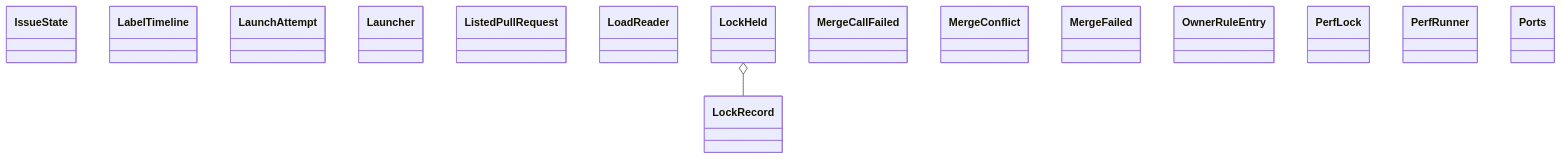
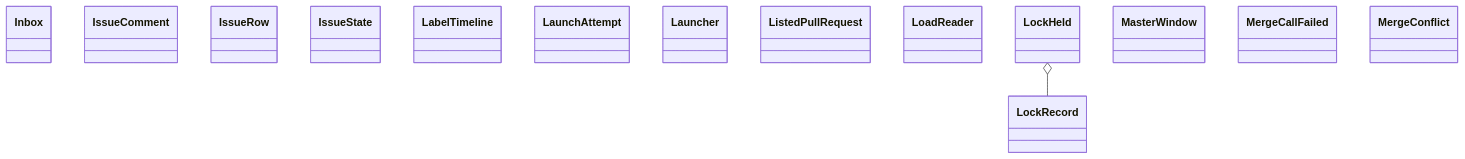
One commit to GonzaloZevallos/agentic-system changed the diagram in docs/architecture/generated/classes-process-application-support-3.md. Above: the diagram before and after it, drawn with Mermaid. The commit also changed other lines of this file and 26 other files, not shown here.

````diff
--- a/docs/architecture/generated/classes-process-application-support-3.md
+++ b/docs/architecture/generated/classes-process-application-support-3.md
@@ -18,19 +19,18 @@
 ```mermaid
 classDiagram
+    class ports__Inbox["Inbox"]
+    class ports__IssueComment["IssueComment"]
+    class ports__IssueRow["IssueRow"]
     class ports__IssueState["IssueState"]
     class ports__LabelTimeline["LabelTimeline"]
     class ports__LaunchAttempt["LaunchAttempt"]
     class ports__Launcher["Launcher"]
     class ports__ListedPullRequest["ListedPullRequest"]
     class ports__LoadReader["LoadReader"]
     class ports__LockHeld["LockHeld"]
     class ports__LockRecord["LockRecord"]
+    class ports__MasterWindow["MasterWindow"]
     class ports__MergeCallFailed["MergeCallFailed"]
     class ports__MergeConflict["MergeConflict"]
-    class ports__MergeFailed["MergeFailed"]
-    class ports__OwnerRuleEntry["OwnerRuleEntry"]
-    class ports__PerfLock["PerfLock"]
-    class ports__PerfRunner["PerfRunner"]
-    class ports__Ports["Ports"]
     ports__LockHeld o-- ports__LockRecord
 ```
````
